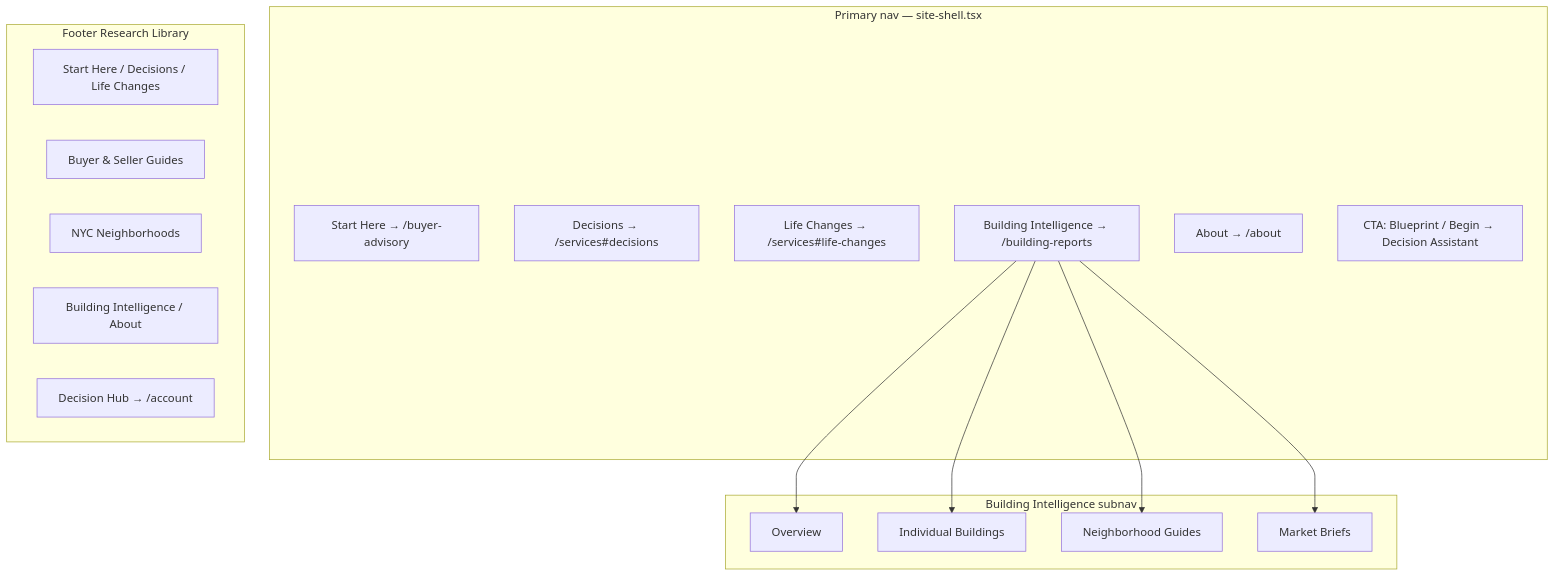
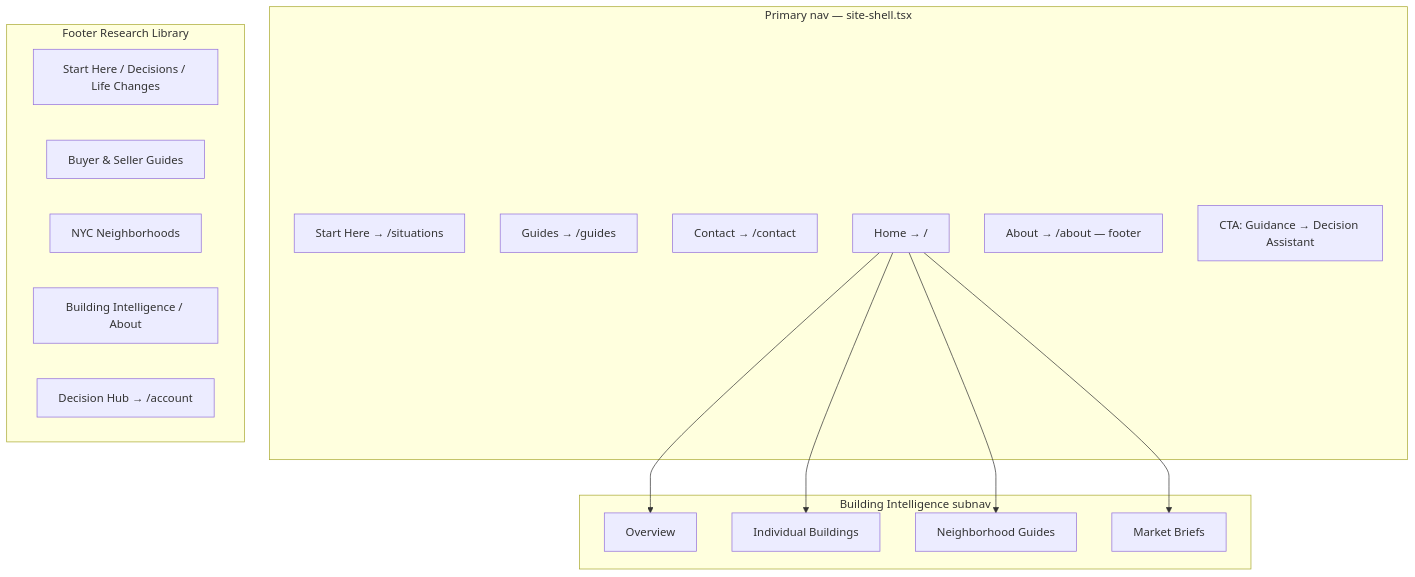
The first of 10 diagrams in docs/architecture/SYSTEM-DESIGN.md (rrk3311-USA/AgentKammer), drawn with Mermaid before and after one commit. The commit also changed other lines of this file and 21 other files, not shown here.

First line of the commit message:
Make Start Here and Situations the same public door.

````diff
--- a/docs/architecture/SYSTEM-DESIGN.md
+++ b/docs/architecture/SYSTEM-DESIGN.md
@@ -146,26 +146,26 @@
 ```mermaid
 flowchart TB
   subgraph Header["Primary nav — site-shell.tsx"]
-    A[Start Here → /buyer-advisory]
-    B[Decisions → /services#decisions]
-    C[Life Changes → /services#life-changes]
-    D[Building Intelligence → /building-reports]
-    E[About → /about]
-    F[CTA: Blueprint / Begin → Decision Assistant]
+    A[Start Here → /situations]
+    B[Guides → /guides]
+    C[Contact → /contact]
+    D[Home → /]
+    E[About → /about — footer]
+    F[CTA: Guidance → Decision Assistant]
   end
 
   subgraph BI["Building Intelligence subnav"]
     D --> D1[Overview]
     D --> D2[Individual Buildings]
     D --> D3[Neighborhood Guides]
     D --> D4[Market Briefs]
   end
 
   subgraph Footer["Footer Research Library"]
     G[Start Here / Decisions / Life Changes]
     H[Buyer & Seller Guides]
     I[NYC Neighborhoods]
     J[Building Intelligence / About]
     K[Decision Hub → /account]
   end
 ```
````
